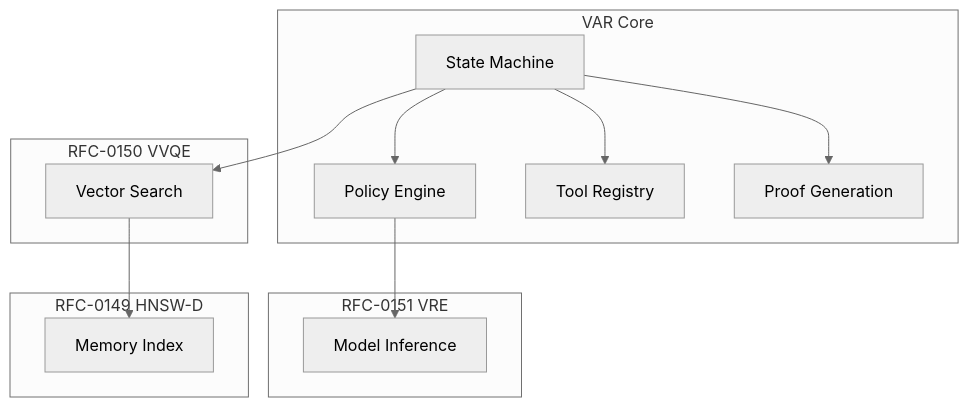
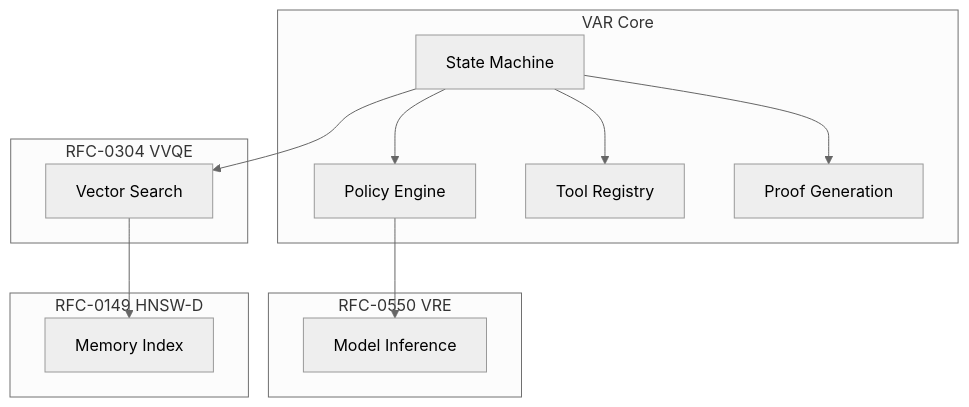
The diagram in rfcs/draft/agents/0450-verifiable-agent-runtime.md (CipherOcto/cipherocto), drawn with Mermaid (neutral theme) before and after one commit. The commit also changed other lines of this file and 281 other files, not shown here.

````diff
--- a/rfcs/draft/agents/0450-verifiable-agent-runtime.md
+++ b/rfcs/draft/agents/0450-verifiable-agent-runtime.md
@@ -54,28 +54,28 @@
 ```mermaid
 graph TB
-    subgraph "RFC-0151 VRE"
+    subgraph "RFC-0550 VRE"
         MODEL_INFER[Model Inference]
     end
 
-    subgraph "RFC-0150 VVQE"
+    subgraph "RFC-0304 VVQE"
         VECTOR_SEARCH[Vector Search]
     end
 
     subgraph "RFC-0149 HNSW-D"
         MEMORY_INDEX[Memory Index]
     end
 
     subgraph "VAR Core"
         POLICY[Policy Engine]
         STATE_MACHINE[State Machine]
         TOOL_REGISTRY[Tool Registry]
         PROOF_GEN[Proof Generation]
     end
 
     POLICY --> MODEL_INFER
     STATE_MACHINE --> POLICY
     STATE_MACHINE --> VECTOR_SEARCH
     VECTOR_SEARCH --> MEMORY_INDEX
     STATE_MACHINE --> TOOL_REGISTRY
     STATE_MACHINE --> PROOF_GEN
 ```
````
